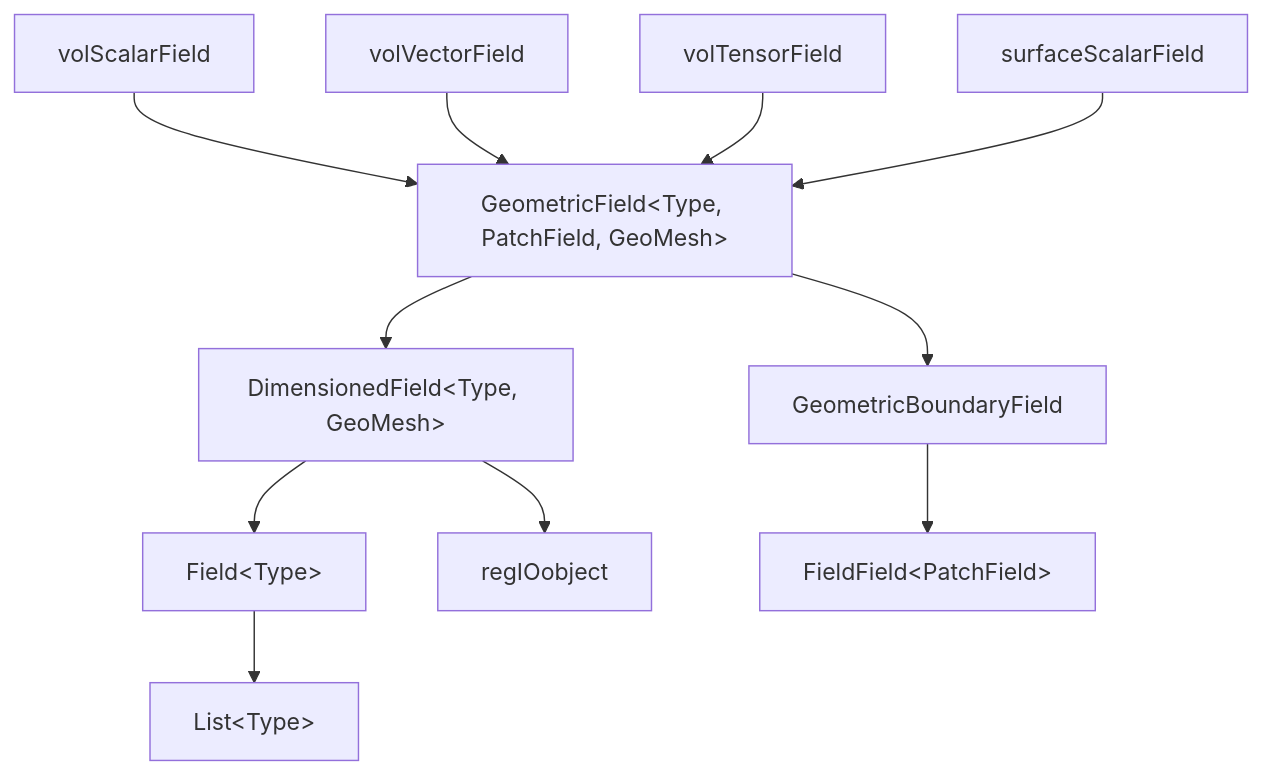
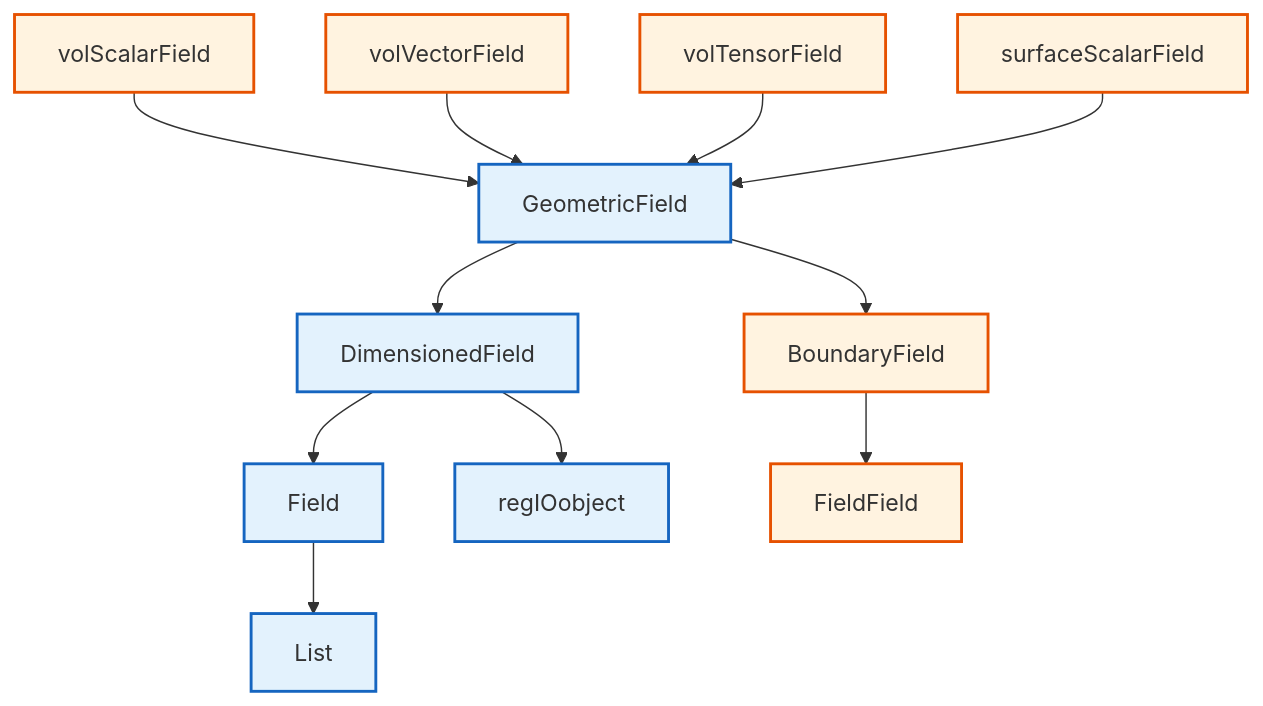
Before and after one commit to wramet/build-my-cfd: the third of 4 diagrams in MODULE_05_OPENFOAM_PROGRAMMING/CONTENT/08_FIELD_TYPES/00_Overview.md, drawn with Mermaid. The commit also changed other lines of this file and 313 other files, not shown here.

Commit message:
Revise all diagram

````diff
--- a/MODULE_05_OPENFOAM_PROGRAMMING/CONTENT/08_FIELD_TYPES/00_Overview.md
+++ b/MODULE_05_OPENFOAM_PROGRAMMING/CONTENT/08_FIELD_TYPES/00_Overview.md
@@ -207,15 +215,19 @@
 ```mermaid
 graph TD
-    A[GeometricField&lt;Type, PatchField, GeoMesh&gt;] --> B[DimensionedField&lt;Type, GeoMesh&gt;]
-    B --> C[Field&lt;Type&gt;]
-    C --> D[List&lt;Type&gt;]
-    B --> E[regIOobject]
+%% Classes
+classDef explicit fill:#fff3e0,stroke:#e65100,stroke-width:2px;
+classDef implicit fill:#e3f2fd,stroke:#1565c0,stroke-width:2px;
+%% Nodes
+A[GeometricField]:::implicit --> B[DimensionedField]:::implicit
+B --> C[Field]:::implicit
+C --> D[List]:::implicit
+B --> E[regIOobject]:::implicit
 
-    A --> F[GeometricBoundaryField]
-    F --> G[FieldField&lt;PatchField&gt;]
+A --> F[BoundaryField]:::explicit
+F --> G[FieldField]:::explicit
 
-    H[volScalarField] --> A
-    I[volVectorField] --> A
-    J[volTensorField] --> A
-    K[surfaceScalarField] --> A
+H[volScalarField]:::explicit --> A
+I[volVectorField]:::explicit --> A
+J[volTensorField]:::explicit --> A
+K[surfaceScalarField]:::explicit --> A
 ```
````
